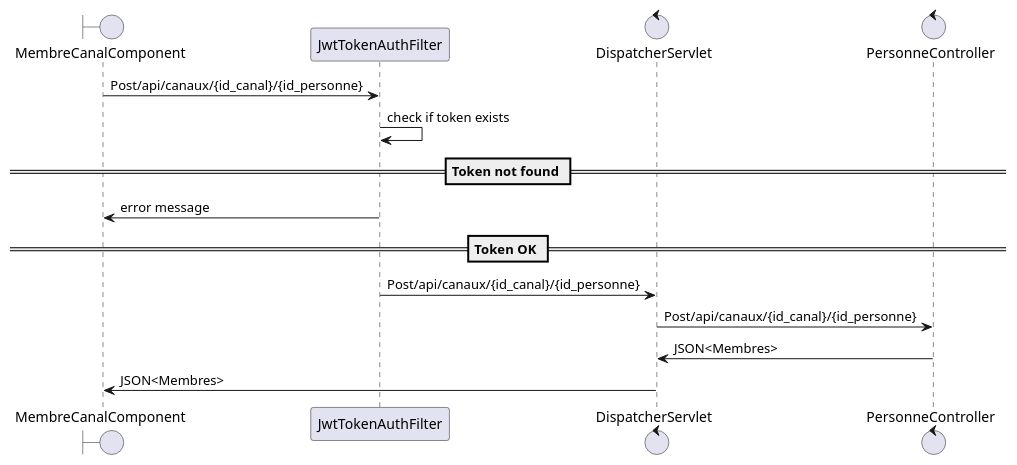
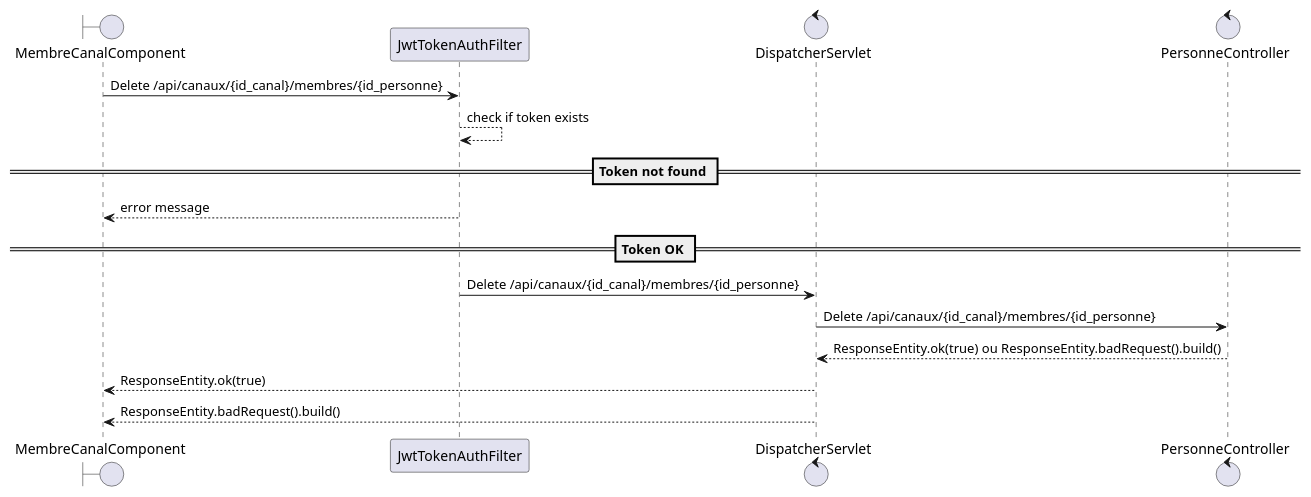
One commit to soupramanien/cdaMassy2021ReactJS changed the diagram in public/diagramme-de-sequence/SupprimerMembreDuCanal.puml. Above: the diagram before and after it, drawn with PlantUML. The commit also changed 5 other files, not shown here.

Commit message:
MAJ diagrammes de sequences

```diff
--- a/public/diagramme-de-sequence/SupprimerMembreDuCanal.puml
+++ b/public/diagramme-de-sequence/SupprimerMembreDuCanal.puml
@@ -3,17 +3,18 @@
 @startuml
 boundary MembreCanalComponent
 participant JwtTokenAuthFilter
 control DispatcherServlet 
 control PersonneController 
 
 
-MembreCanalComponent -> JwtTokenAuthFilter : Post/api/canaux/{id_canal}/{id_personne}
-JwtTokenAuthFilter -> JwtTokenAuthFilter : check if token exists
+MembreCanalComponent -> JwtTokenAuthFilter : Delete /api/canaux/{id_canal}/membres/{id_personne}
+JwtTokenAuthFilter --> JwtTokenAuthFilter : check if token exists
 ==Token not found ==
-JwtTokenAuthFilter -> MembreCanalComponent : error message 
+JwtTokenAuthFilter --> MembreCanalComponent : error message 
 ==Token OK ==
-JwtTokenAuthFilter -> DispatcherServlet : Post/api/canaux/{id_canal}/{id_personne}
-DispatcherServlet -> PersonneController : Post/api/canaux/{id_canal}/{id_personne}
-PersonneController -> DispatcherServlet : JSON<Membres>
-DispatcherServlet -> MembreCanalComponent : JSON<Membres>
+JwtTokenAuthFilter -> DispatcherServlet : Delete /api/canaux/{id_canal}/membres/{id_personne}
+DispatcherServlet -> PersonneController : Delete /api/canaux/{id_canal}/membres/{id_personne}
+PersonneController --> DispatcherServlet : ResponseEntity.ok(true) ou ResponseEntity.badRequest().build()
+DispatcherServlet --> MembreCanalComponent : ResponseEntity.ok(true)
+DispatcherServlet --> MembreCanalComponent : ResponseEntity.badRequest().build()
 @endumls
```
